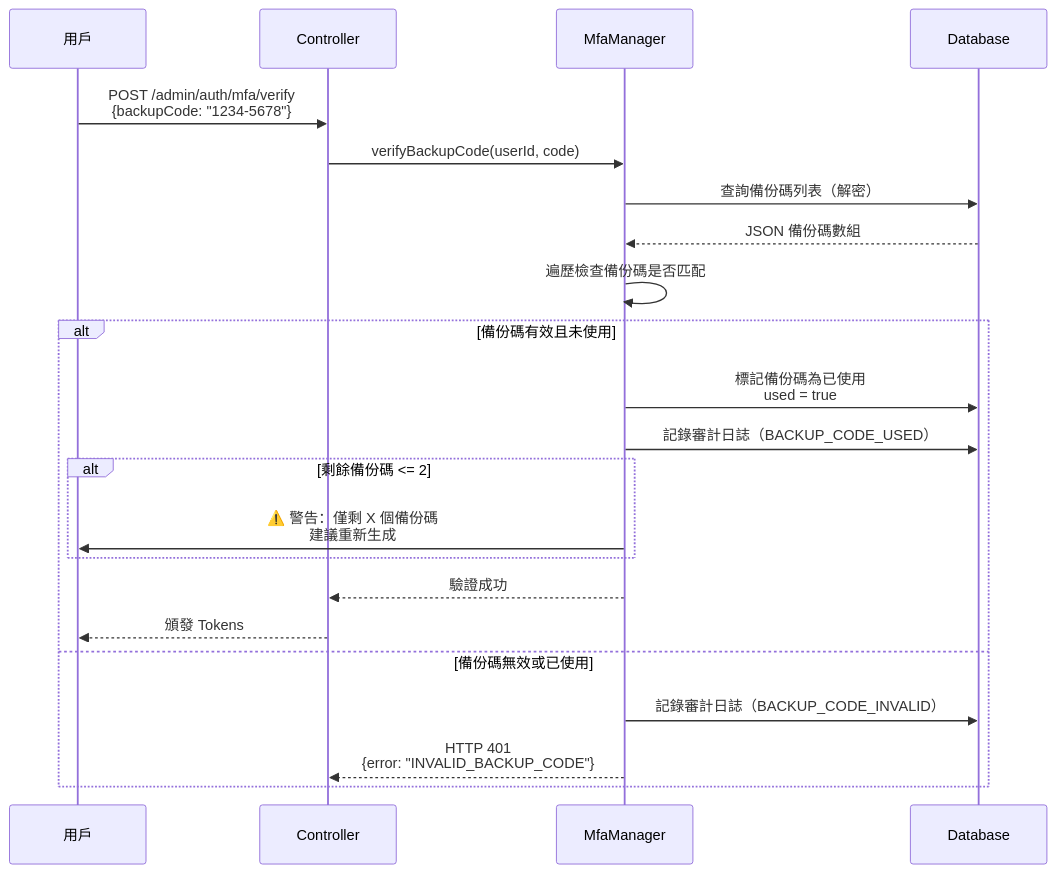
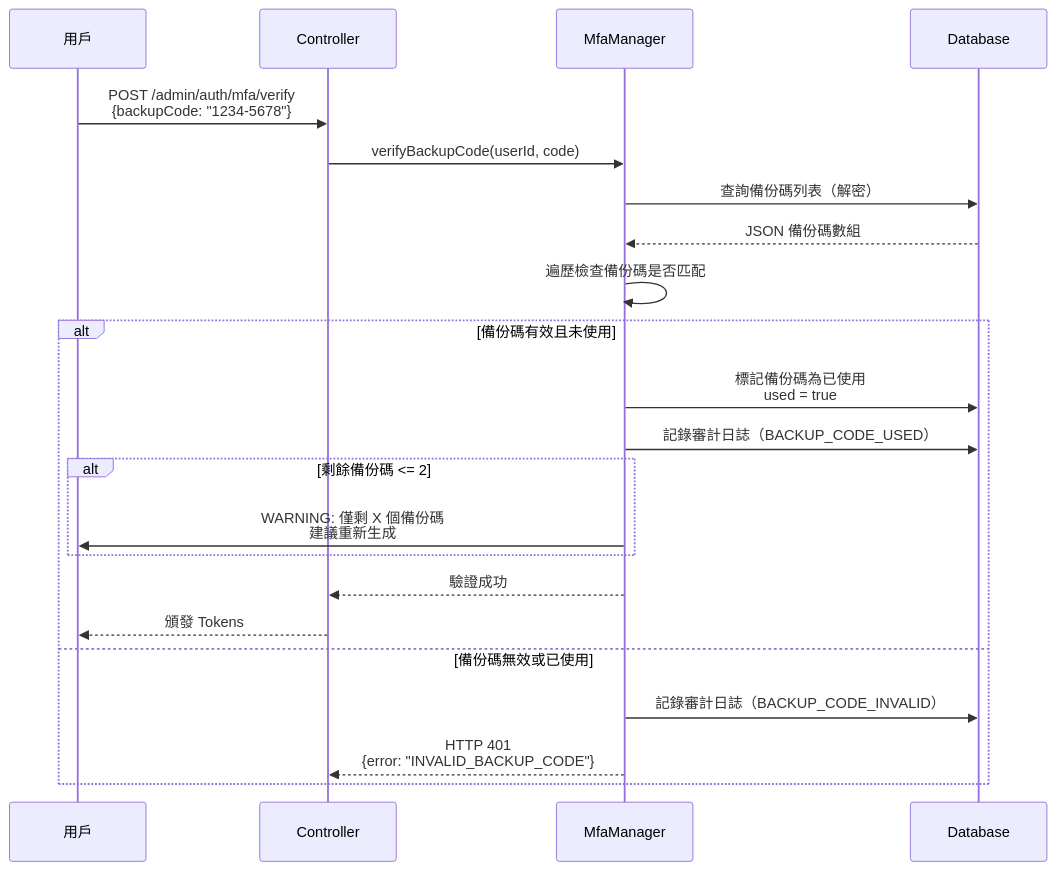
One commit to ron03wlb/smart-admin changed the sixth of 9 diagrams in docs/iGaming/05_Platform_Governance/05-06_MFA_Implementation.md. Above: the diagram before and after it, drawn with Mermaid. The commit also changed other lines of this file and 12 other files, not shown here.

Commit message:
docs(iGaming): update risk control, architecture docs and add validation scripts

````diff
--- a/docs/iGaming/05_Platform_Governance/05-06_MFA_Implementation.md
+++ b/docs/iGaming/05_Platform_Governance/05-06_MFA_Implementation.md
@@ -1440,29 +1440,29 @@
 ```mermaid
 sequenceDiagram
     participant U as 用戶
     participant C as Controller
     participant M as MfaManager
     participant D as Database
 
     U->>C: POST /admin/auth/mfa/verify<br/>{backupCode: "1234-5678"}
     C->>M: verifyBackupCode(userId, code)
     M->>D: 查詢備份碼列表（解密）
     D-->>M: JSON 備份碼數組
 
     M->>M: 遍歷檢查備份碼是否匹配
 
     alt 備份碼有效且未使用
         M->>D: 標記備份碼為已使用<br/>used = true
         M->>D: 記錄審計日誌（BACKUP_CODE_USED）
 
         alt 剩餘備份碼 <= 2
-            M->>U: ⚠️ 警告：僅剩 X 個備份碼<br/>建議重新生成
+            M->>U: WARNING: 僅剩 X 個備份碼<br/>建議重新生成
         end
 
         M-->>C: 驗證成功
         C-->>U: 頒發 Tokens
     else 備份碼無效或已使用
         M->>D: 記錄審計日誌（BACKUP_CODE_INVALID）
         M-->>C: HTTP 401<br/>{error: "INVALID_BACKUP_CODE"}
     end
 ```
````
